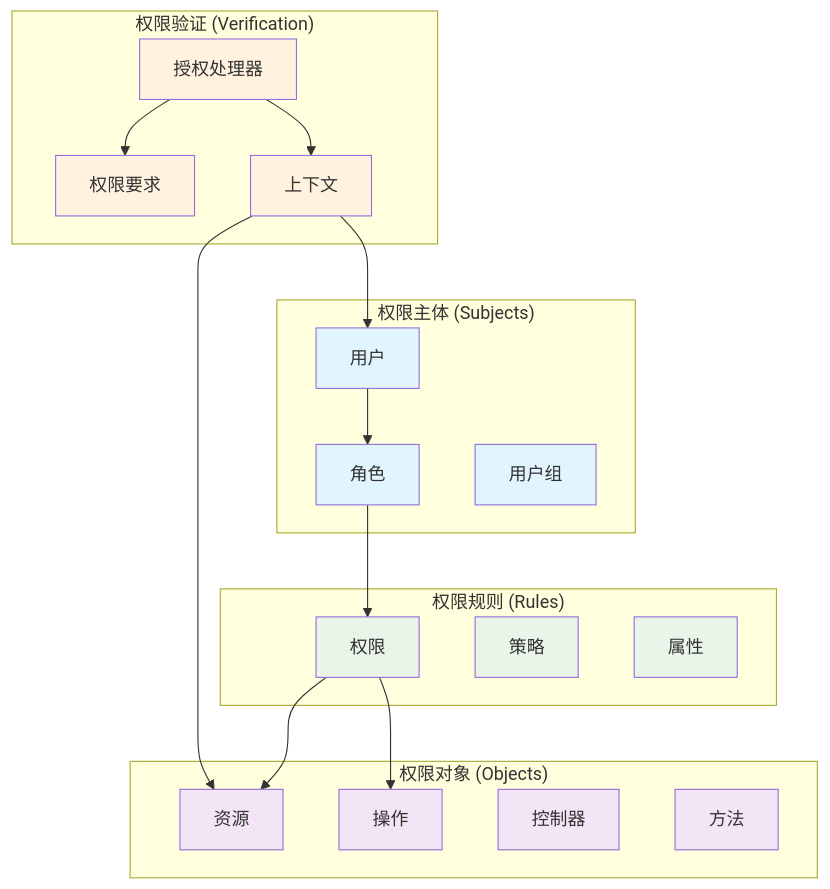
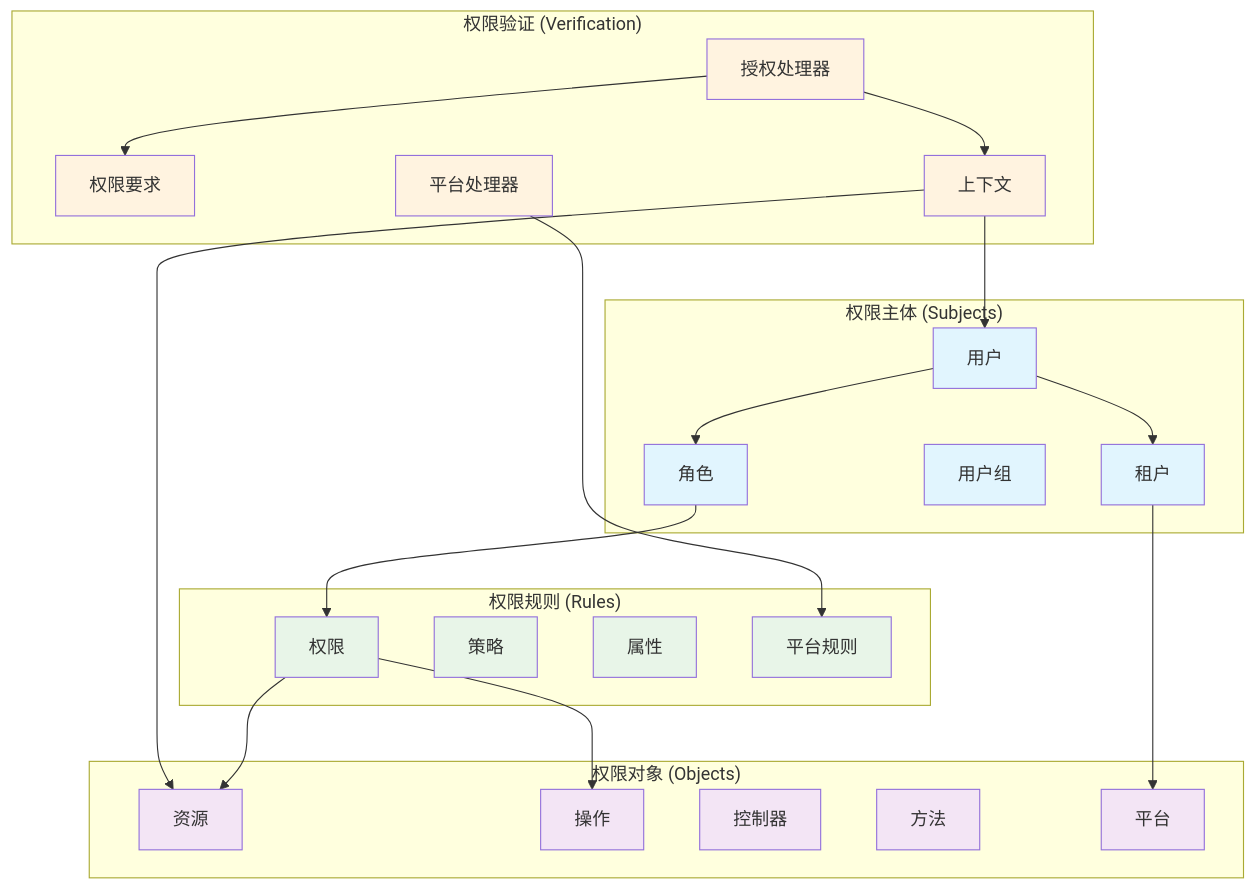
The diagram in Docs/CodeSpirit.Authorization权限组件详解.md (jianyuyanyu/CodeSpirit), drawn with Mermaid before and after one commit. The commit also changed other lines of this file and 149 other files, not shown here.

````diff
--- a/Docs/CodeSpirit.Authorization权限组件详解.md
+++ b/Docs/CodeSpirit.Authorization权限组件详解.md
@@ -9,46 +9,53 @@
 ```mermaid
 graph TB
     subgraph "权限主体 (Subjects)"
         User[用户]
         Role[角色]
         Group[用户组]
+        Tenant[租户]
     end
     
     subgraph "权限对象 (Objects)"
         Resource[资源]
         Action[操作]
         Controller[控制器]
         Method[方法]
+        Platform[平台]
     end
     
     subgraph "权限规则 (Rules)"
         Permission[权限]
         Policy[策略]
         Attribute[属性]
+        PlatformRule[平台规则]
     end
     
     subgraph "权限验证 (Verification)"
         Handler[授权处理器]
         Requirement[权限要求]
         Context[上下文]
+        PlatformHandler[平台处理器]
     end
     
     User --> Role
+    User --> Tenant
     Role --> Permission
     Permission --> Resource
     Permission --> Action
+    Tenant --> Platform
     Handler --> Requirement
+    PlatformHandler --> PlatformRule
     Handler --> Context
     Context --> User
     Context --> Resource
     
     classDef subject fill:#e1f5fe
     classDef object fill:#f3e5f5
     classDef rule fill:#e8f5e8
     classDef verification fill:#fff3e0
     
-    class User,Role,Group subject
-    class Resource,Action,Controller,Method object
-    class Permission,Policy,Attribute rule
-    class Handler,Requirement,Context verification
+    class User,Role,Group,Tenant subject
+    class Resource,Action,Controller,Method,Platform object
+    class Permission,Policy,Attribute,PlatformRule rule
+    class Handler,Requirement,Context,PlatformHandler verification
 ```
````
